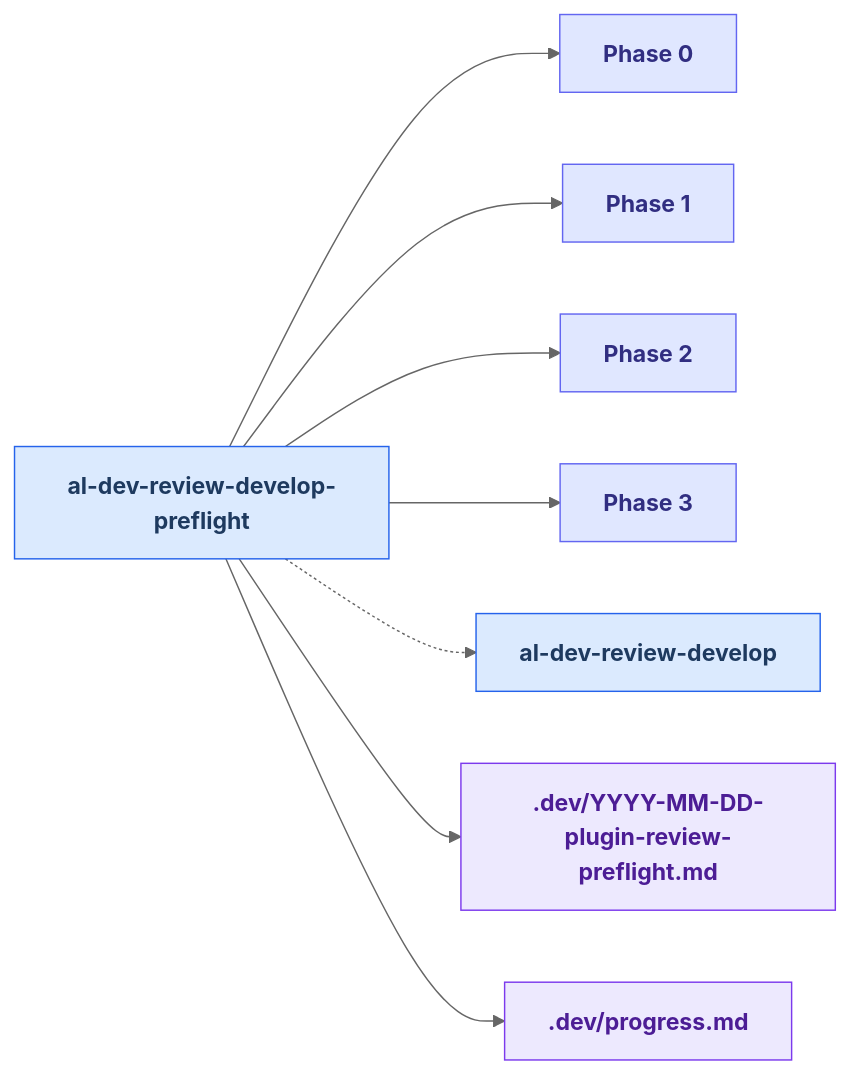
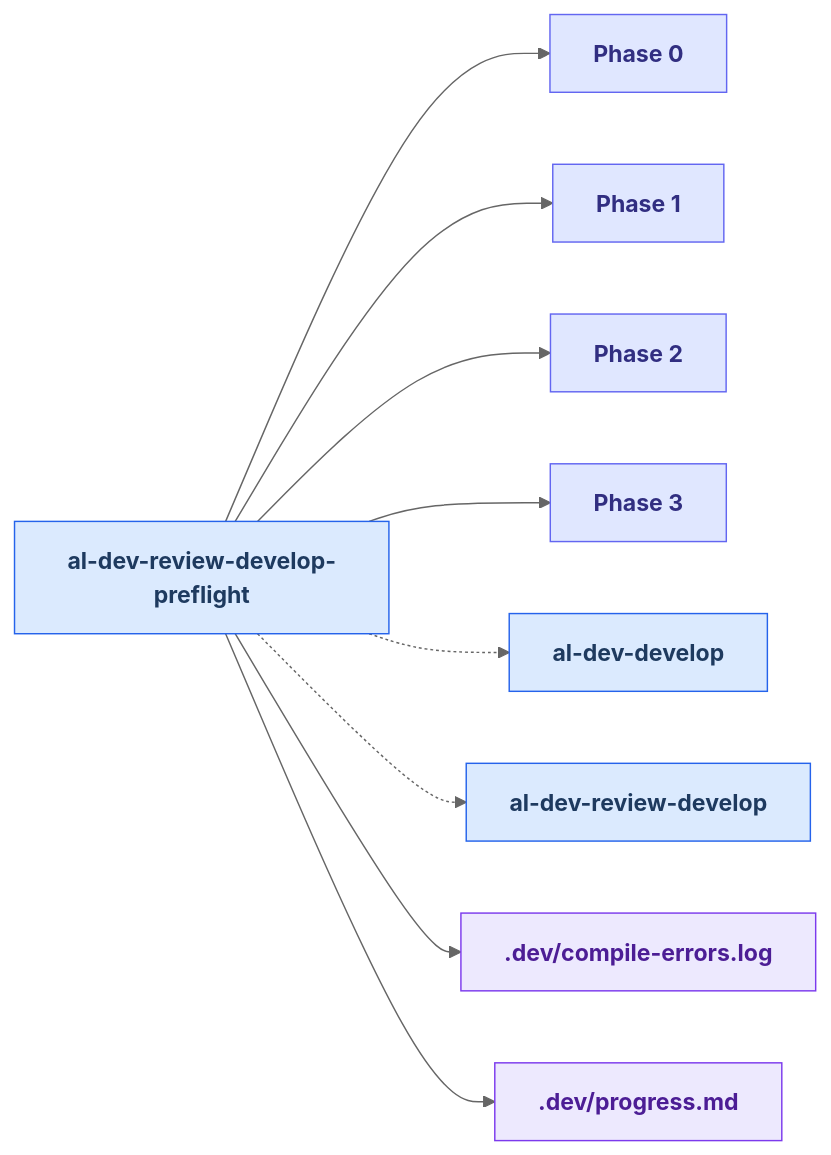
Before and after one commit to russell-laing/al-dev-shared: the tenth of 27 diagrams in docs/al-dev-skills-map.md, drawn with Mermaid (neutral theme). The commit also changed other lines of this file and 3 other files, not shown here.

````diff
--- a/docs/al-dev-skills-map.md
+++ b/docs/al-dev-skills-map.md
@@ -518,34 +515,37 @@
 ```mermaid
 flowchart LR
     classDef skillNode fill:#dbeafe,stroke:#2563eb,color:#1e3a5f,font-weight:bold
     classDef agentNode fill:#d1fae5,stroke:#059669,color:#064e3b,font-weight:bold
     classDef knowledgeNode fill:#fef3c7,stroke:#d97706,color:#78350f,font-weight:bold
     classDef artifactNode fill:#ede9fe,stroke:#7c3aed,color:#4c1d95,font-weight:bold
     classDef phaseNode fill:#e0e7ff,stroke:#6366f1,color:#312e81,font-weight:bold
 
     skill_al_dev_review_develop_preflight[al-dev-review-develop-preflight]
     Phase0["Phase 0"]
     Phase1["Phase 1"]
     Phase2["Phase 2"]
     Phase3["Phase 3"]
+    skill_al_dev_develop[al-dev-develop]
     skill_al_dev_review_develop[al-dev-review-develop]
-    artifact_plugin_review_preflight_md[.dev/YYYY-MM-DD-plugin-review-preflight.md]
+    artifact_compile_errors_log[.dev/compile-errors.log]
     artifact_progress_md[.dev/progress.md]
 
     skill_al_dev_review_develop_preflight --> Phase0
     skill_al_dev_review_develop_preflight --> Phase1
     skill_al_dev_review_develop_preflight --> Phase2
     skill_al_dev_review_develop_preflight --> Phase3
+    skill_al_dev_review_develop_preflight -.-> skill_al_dev_develop
     skill_al_dev_review_develop_preflight -.-> skill_al_dev_review_develop
-    skill_al_dev_review_develop_preflight --> artifact_plugin_review_preflight_md
+    skill_al_dev_review_develop_preflight --> artifact_compile_errors_log
     skill_al_dev_review_develop_preflight --> artifact_progress_md
 
     class skill_al_dev_review_develop_preflight skillNode
     class Phase0 phaseNode
     class Phase1 phaseNode
     class Phase2 phaseNode
     class Phase3 phaseNode
+    class skill_al_dev_develop skillNode
     class skill_al_dev_review_develop skillNode
-    class artifact_plugin_review_preflight_md artifactNode
+    class artifact_compile_errors_log artifactNode
     class artifact_progress_md artifactNode
 ```
````
